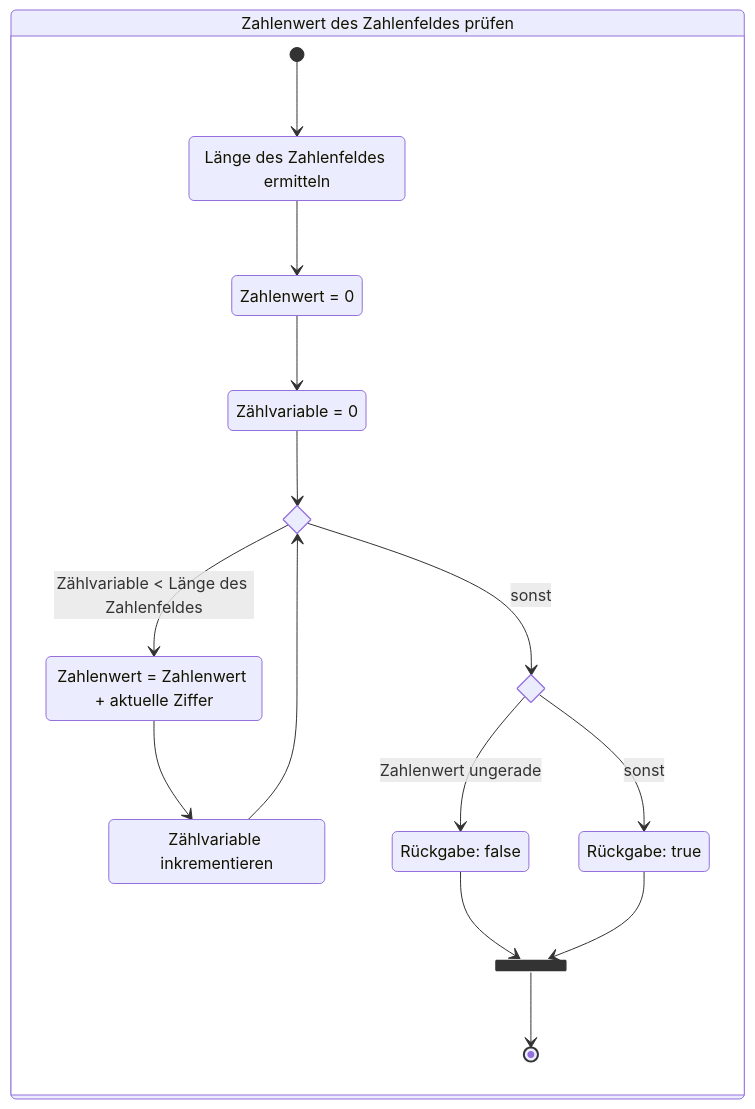
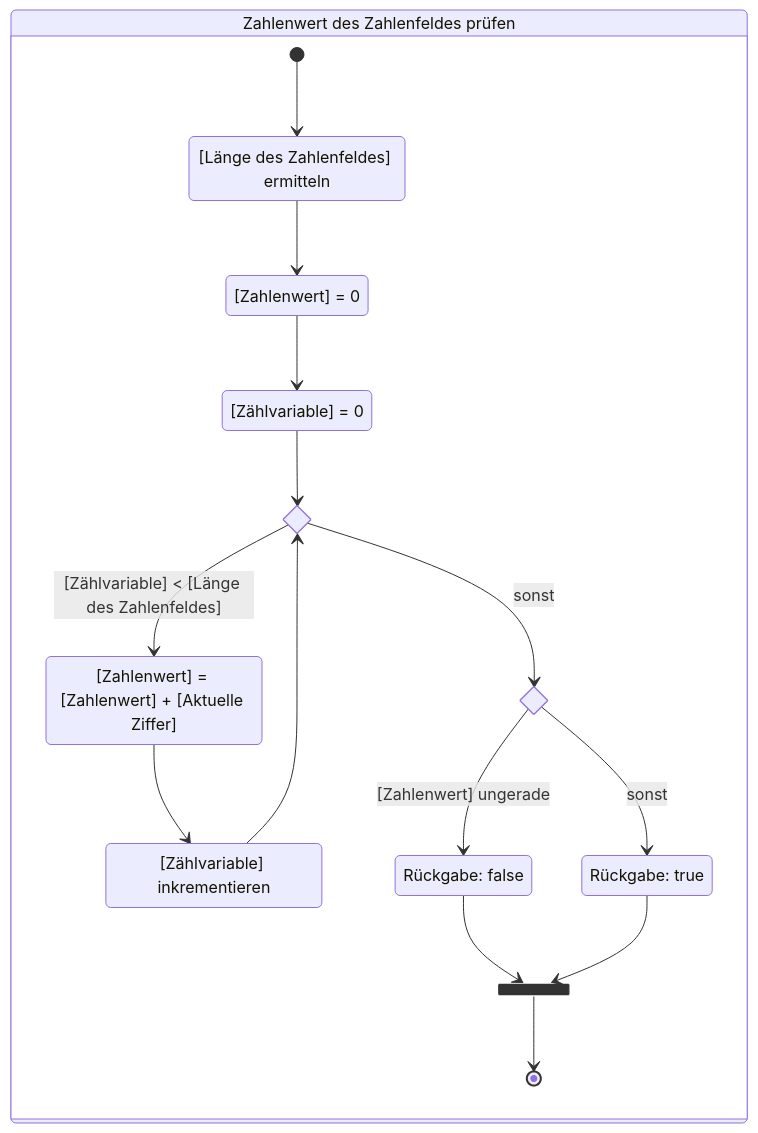
Before and after one commit to jappuccini/java-docs: the sixth of 8 diagrams in docs/additional-material/daniel/java1/sample-exam.md, drawn with Mermaid. The commit also changed other lines of this file and 5 other files, not shown here.

````diff
--- a/docs/additional-material/daniel/java1/sample-exam.md
+++ b/docs/additional-material/daniel/java1/sample-exam.md
@@ -286,30 +286,30 @@
 ```mermaid
 stateDiagram-v2
-    state "Länge des Zahlenfeldes ermitteln" as state1
-    state "Zahlenwert = 0" as state2
-    state "Zählvariable = 0" as state3
-    state "Zahlenwert = Zahlenwert + aktuelle Ziffer" as state4
-    state "Zählvariable inkrementieren" as state5
+    state "[Länge des Zahlenfeldes] ermitteln" as state1
+    state "[Zahlenwert] = 0" as state2
+    state "[Zählvariable] = 0" as state3
+    state "[Zahlenwert] = [Zahlenwert] + [Aktuelle Ziffer]" as state4
+    state "[Zählvariable] inkrementieren" as state5
     state "Rückgabe: false" as state6
     state "Rückgabe: true" as state7
 
     state if1 <<choice>>
     state if2 <<choice>>
     state fork <<fork>>
 
     state "Zahlenwert des Zahlenfeldes prüfen" as checkPinValue {
         [*] --> state1
         state1 --> state2
         state2 --> state3
         state3 --> if1
-        if1 --> state4: Zählvariable < Länge des Zahlenfeldes
+        if1 --> state4: [Zählvariable] < [Länge des Zahlenfeldes]
         state4 --> state5
         state5 --> if1
         if1 --> if2: sonst
-        if2 --> state6: Zahlenwert ungerade
+        if2 --> state6: [Zahlenwert] ungerade
         if2 --> state7: sonst
         state6 --> fork
         state7 --> fork
         fork --> [*]
     }
 ```
````
